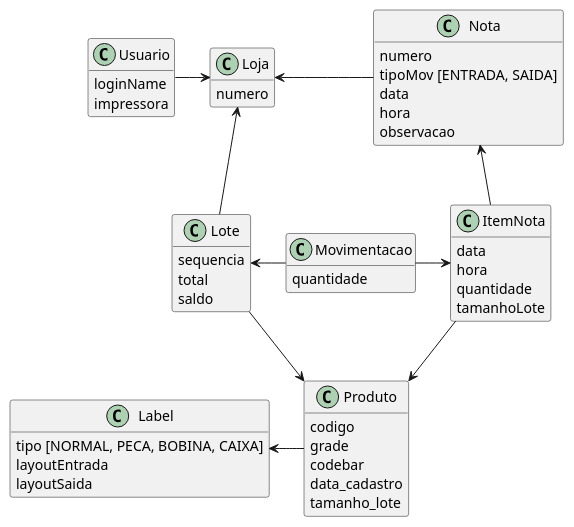
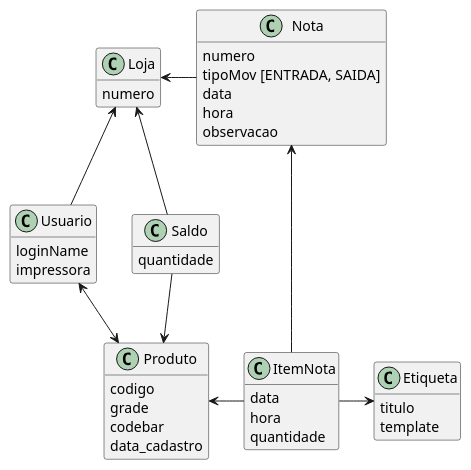
The diagram in diagramas/modelo2.puml (ivaneyvieira/engEstoque-Archive), drawn with PlantUML before and after one commit. The commit also changed 58 other files, not shown here.

```diff
--- a/diagramas/modelo2.puml
+++ b/diagramas/modelo2.puml
@@ -1,62 +1,52 @@
 @startuml modelo
 hide methods
 
 class Produto{
 	codigo
 	grade
 	codebar
 	data_cadastro
-	tamanho_lote
 }
 
 class ItemNota{
 	data
 	hora
 	quantidade
-	tamanhoLote
 }
 
 class Nota {
 	numero
 	tipoMov [ENTRADA, SAIDA]
 	data
 	hora
 	observacao
-}
-
-class Lote {
-	sequencia
-	total
-	saldo
-}
-
-class Movimentacao {
-	quantidade
 }
 
 class Loja {
 	numero
 }
 
 class Usuario {
 	loginName
 	impressora
 }
 
-class Label {
-	tipo [NORMAL, PECA, BOBINA, CAIXA]
-	layoutEntrada
-	layoutSaida
+class Saldo {
+	quantidade
+}
+
+class Etiqueta {
+	titulo
+	template
 }
 
 
 ItemNota	-u->	Nota
-ItemNota	-->	Produto
-Lote		-->	Produto
-Lote		-u->	Loja
-Movimentacao	-l->	Lote
-Movimentacao	-r->	ItemNota
+ItemNota	-l->	Produto
 Nota		-l->	Loja
-Usuario		-r->	Loja
-Produto		-l->	Label
+Usuario		-u->	Loja
+Usuario		<-d->	Produto
+Saldo		-u->	Loja
+Saldo		-d->	Produto
+ItemNota	-r->	Etiqueta
 @enduml
```
